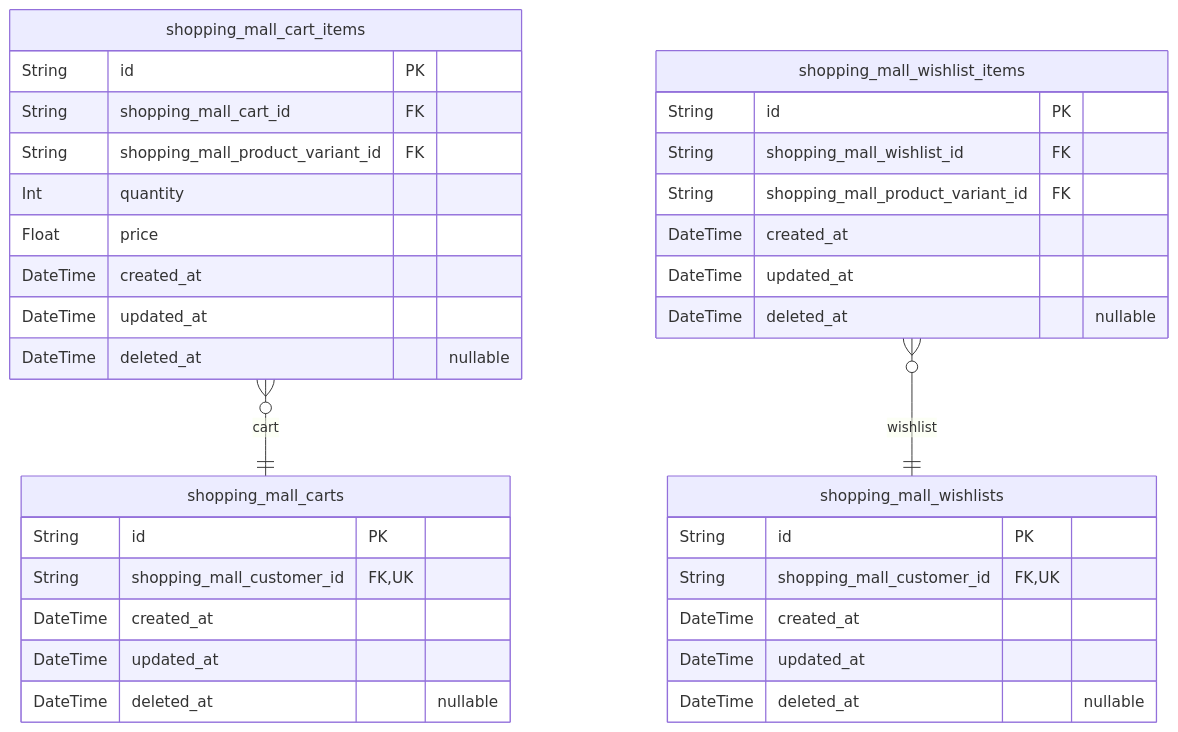
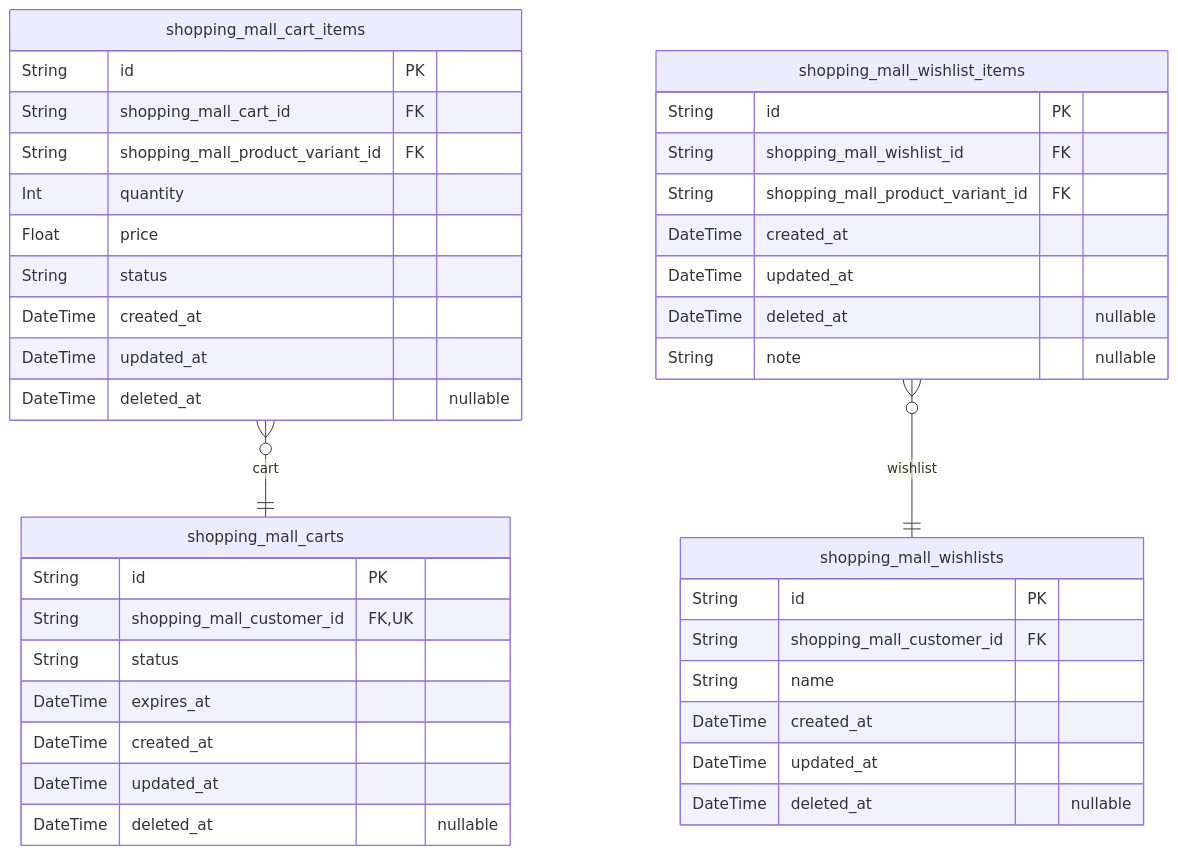
One commit to wrtnlabs/autobe-examples changed the fourth of 10 diagrams in qwen/qwen3-next-80b-a3b-instruct/shopping/docs/ERD.md. Above: the diagram before and after it, drawn with Mermaid. The commit also changed other lines of this file and 7173 other files, not shown here.

````diff
--- a/qwen/qwen3-next-80b-a3b-instruct/shopping/docs/ERD.md
+++ b/qwen/qwen3-next-80b-a3b-instruct/shopping/docs/ERD.md
@@ -828,37 +823,42 @@
 ```mermaid
 erDiagram
 "shopping_mall_carts" {
   String id PK
   String shopping_mall_customer_id FK,UK
+  String status
+  DateTime expires_at
   DateTime created_at
   DateTime updated_at
   DateTime deleted_at "nullable"
 }
 "shopping_mall_cart_items" {
   String id PK
   String shopping_mall_cart_id FK
   String shopping_mall_product_variant_id FK
   Int quantity
   Float price
+  String status
   DateTime created_at
   DateTime updated_at
   DateTime deleted_at "nullable"
 }
 "shopping_mall_wishlists" {
   String id PK
-  String shopping_mall_customer_id FK,UK
+  String shopping_mall_customer_id FK
+  String name
   DateTime created_at
   DateTime updated_at
   DateTime deleted_at "nullable"
 }
 "shopping_mall_wishlist_items" {
   String id PK
   String shopping_mall_wishlist_id FK
   String shopping_mall_product_variant_id FK
   DateTime created_at
   DateTime updated_at
   DateTime deleted_at "nullable"
+  String note "nullable"
 }
 "shopping_mall_cart_items" }o--|| "shopping_mall_carts" : cart
 "shopping_mall_wishlist_items" }o--|| "shopping_mall_wishlists" : wishlist
 ```
````
